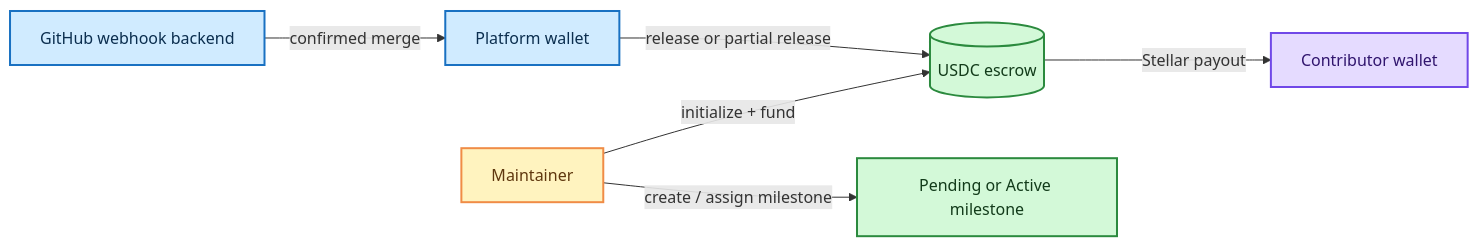
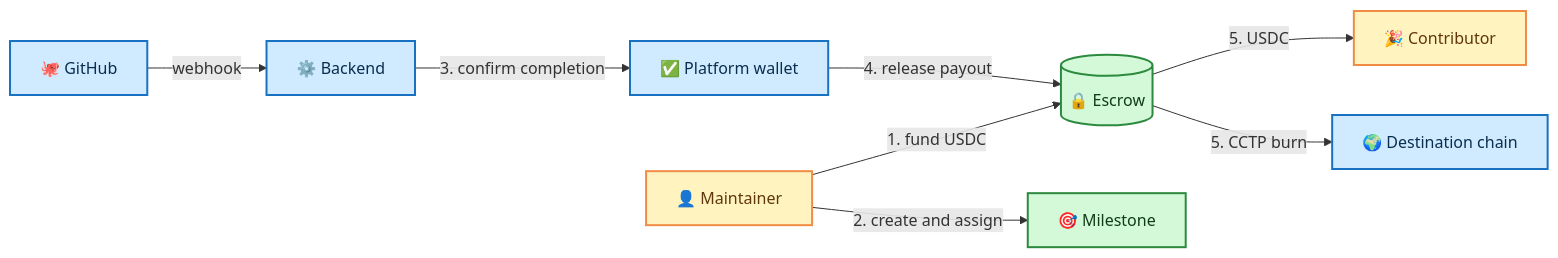
One commit to Trustless-OSS/Toss-Contract changed the diagram in README.md. Above: the diagram before and after it, drawn with Mermaid. The commit also changed other lines of this file and 5 other files, not shown here.

````diff
--- a/README.md
+++ b/README.md
@@ -87,17 +42,18 @@
 ```mermaid
 flowchart LR
-    A[Maintainer] -->|initialize + fund| E[(USDC escrow)]
-    A -->|create / assign milestone| M[Pending or Active milestone]
-    G[GitHub webhook backend] -->|confirmed merge| P[Platform wallet]
-    P -->|release or partial release| E
-    E -->|Stellar payout| S[Contributor wallet]
+    A[👤 Maintainer] -->|1. fund USDC| E[(🔒 Escrow)]
+    A -->|2. create and assign| M[🎯 Milestone]
+    G[🐙 GitHub] -->|webhook| B[⚙️ Backend]
+    B -->|3. confirm completion| P[✅ Platform wallet]
+    P -->|4. release payout| E
+    E -->|5. USDC| C[🎉 Contributor]
+    E -->|5. CCTP burn| X[🌍 Destination chain]
 
     classDef actor fill:#fff3bf,stroke:#f08c46,color:#5f370e,stroke-width:2px;
     classDef state fill:#d3f9d8,stroke:#2b8a3e,color:#123b1a,stroke-width:2px;
     classDef service fill:#d0ebff,stroke:#1971c2,color:#0b2e4f,stroke-width:2px;
     classDef payout fill:#e5dbff,stroke:#7048e8,color:#30156e,stroke-width:2px;
-    class A actor;
+    class A,C actor;
     class E,M state;
-    class G,P service;
-    class S payout;
+    class G,B,P,X service;
 ```
````
